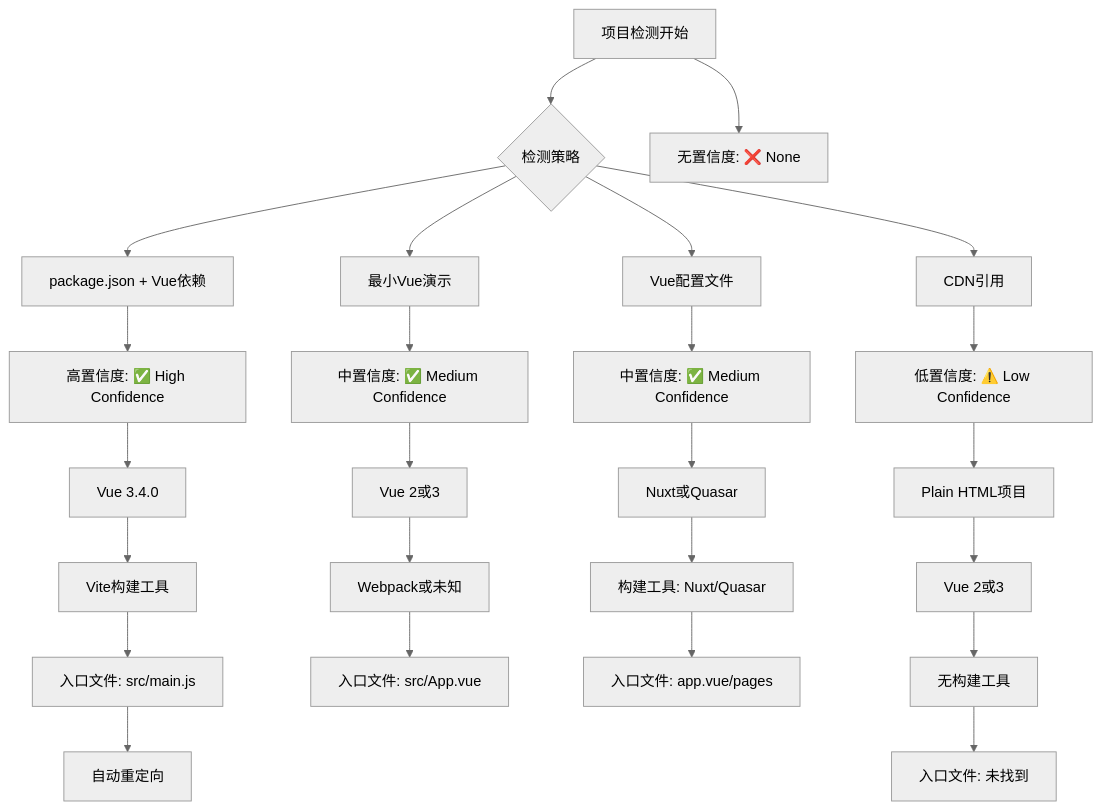
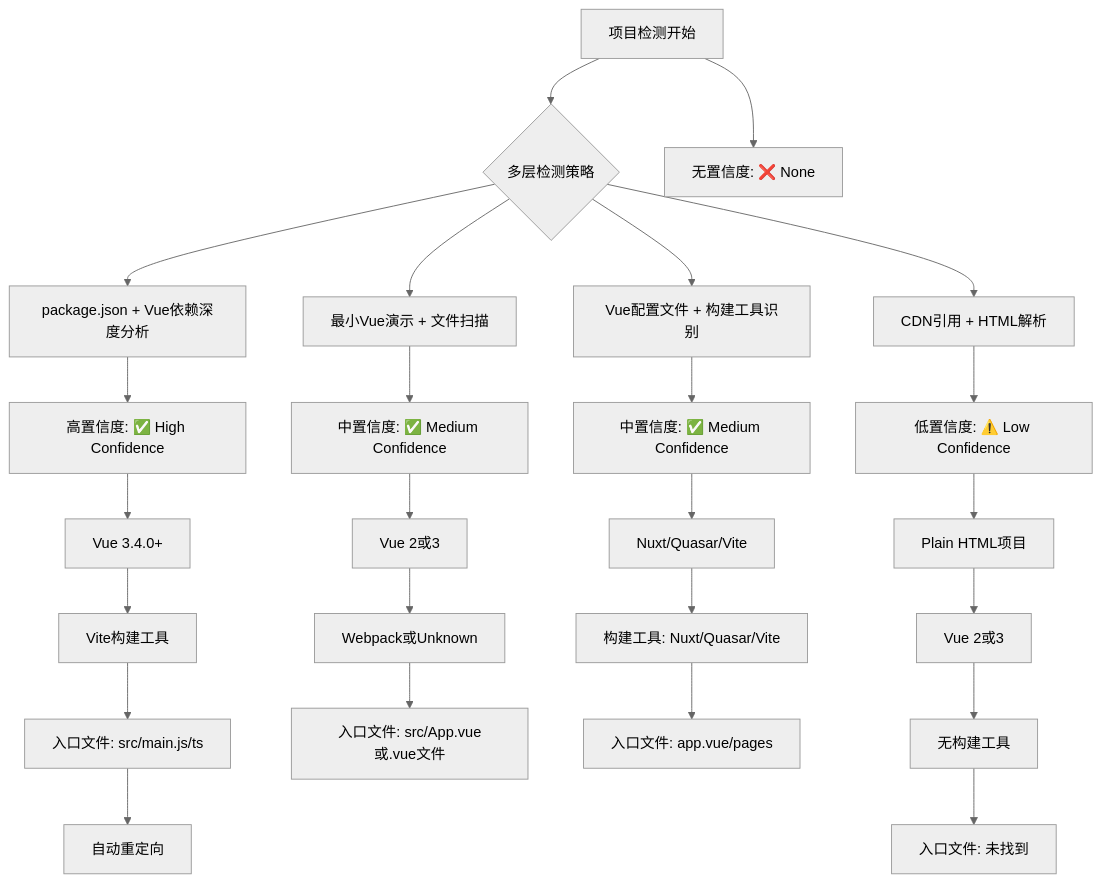
The seventh of 10 diagrams in .qoder/repowiki/zh/content/核心功能特性/Vue项目检测功能指南.md (itszzl-sudo/iris), drawn with Mermaid (neutral theme) before and after one commit. The commit also changed other lines of this file and 23 other files, not shown here.

````diff
--- a/.qoder/repowiki/zh/content/核心功能特性/Vue项目检测功能指南.md
+++ b/.qoder/repowiki/zh/content/核心功能特性/Vue项目检测功能指南.md
@@ -342,27 +337,27 @@
 ```mermaid
 graph TD
-A[项目检测开始] --> B{检测策略}
-B --> C[package.json + Vue依赖]
+A[项目检测开始] --> B{多层检测策略}
+B --> C[package.json + Vue依赖深度分析]
 C --> D[高置信度: ✅ High Confidence]
-D --> E[Vue 3.4.0]
+D --> E[Vue 3.4.0+]
 E --> F[Vite构建工具]
-F --> G[入口文件: src/main.js]
+F --> G[入口文件: src/main.js/ts]
 G --> H[自动重定向]
-B --> I[最小Vue演示]
+B --> I[最小Vue演示 + 文件扫描]
 I --> J[中置信度: ✅ Medium Confidence]
 J --> K[Vue 2或3]
-K --> L[Webpack或未知]
-L --> M[入口文件: src/App.vue]
-B --> N[Vue配置文件]
+K --> L[Webpack或Unknown]
+L --> M[入口文件: src/App.vue或.vue文件]
+B --> N[Vue配置文件 + 构建工具识别]
 N --> O[中置信度: ✅ Medium Confidence]
-O --> P[Nuxt或Quasar]
-P --> Q[构建工具: Nuxt/Quasar]
+O --> P[Nuxt/Quasar/Vite]
+P --> Q[构建工具: Nuxt/Quasar/Vite]
 Q --> R[入口文件: app.vue/pages]
-B --> S[CDN引用]
+B --> S[CDN引用 + HTML解析]
 S --> T[低置信度: ⚠️ Low Confidence]
 T --> U[Plain HTML项目]
 U --> V[Vue 2或3]
 V --> W[无构建工具]
 W --> X[入口文件: 未找到]
 A --> Y[无置信度: ❌ None]
 ```
````
